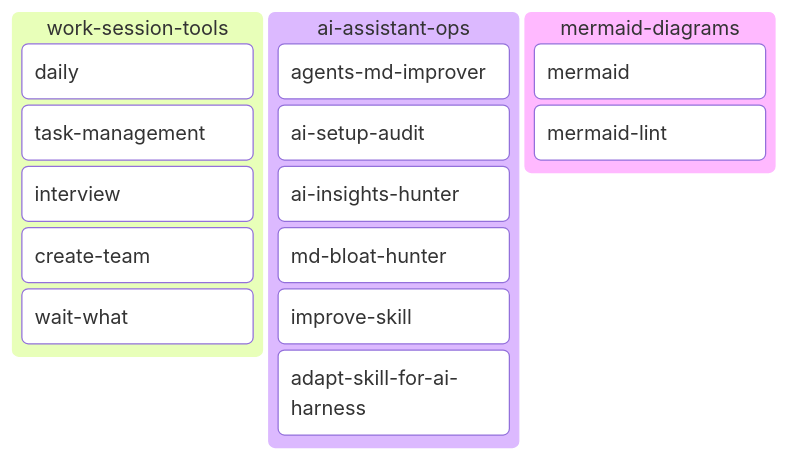
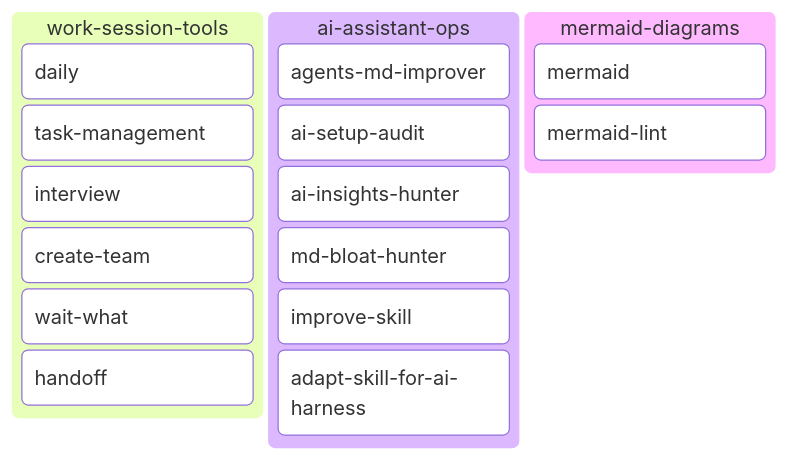
One commit to Alex-Kopylov/zweihander changed the second of 4 diagrams in README.md. Above: the diagram before and after it, drawn with Mermaid. The commit also changed 3 other files, not shown here.

````diff
--- a/README.md
+++ b/README.md
@@ -53,19 +53,20 @@
 ```mermaid
 kanban
   work_session_tools[work-session-tools]
     wst_daily[daily]
     wst_task_management[task-management]
     wst_interview[interview]
     wst_create_team[create-team]
     wst_wait_what[wait-what]
+    wst_handoff[handoff]
   ai_assistant_ops[ai-assistant-ops]
     aao_agents_md_improver[agents-md-improver]
     aao_ai_setup_audit[ai-setup-audit]
     aao_ai_insights_hunter[ai-insights-hunter]
     aao_md_bloat_hunter[md-bloat-hunter]
     aao_improve_skill[improve-skill]
     aao_adapt_skill_for_ai_harness[adapt-skill-for-ai-harness]
   mermaid_diagrams[mermaid-diagrams]
     md_mermaid[mermaid]
     md_mermaid_lint[mermaid-lint]
 ```
````
